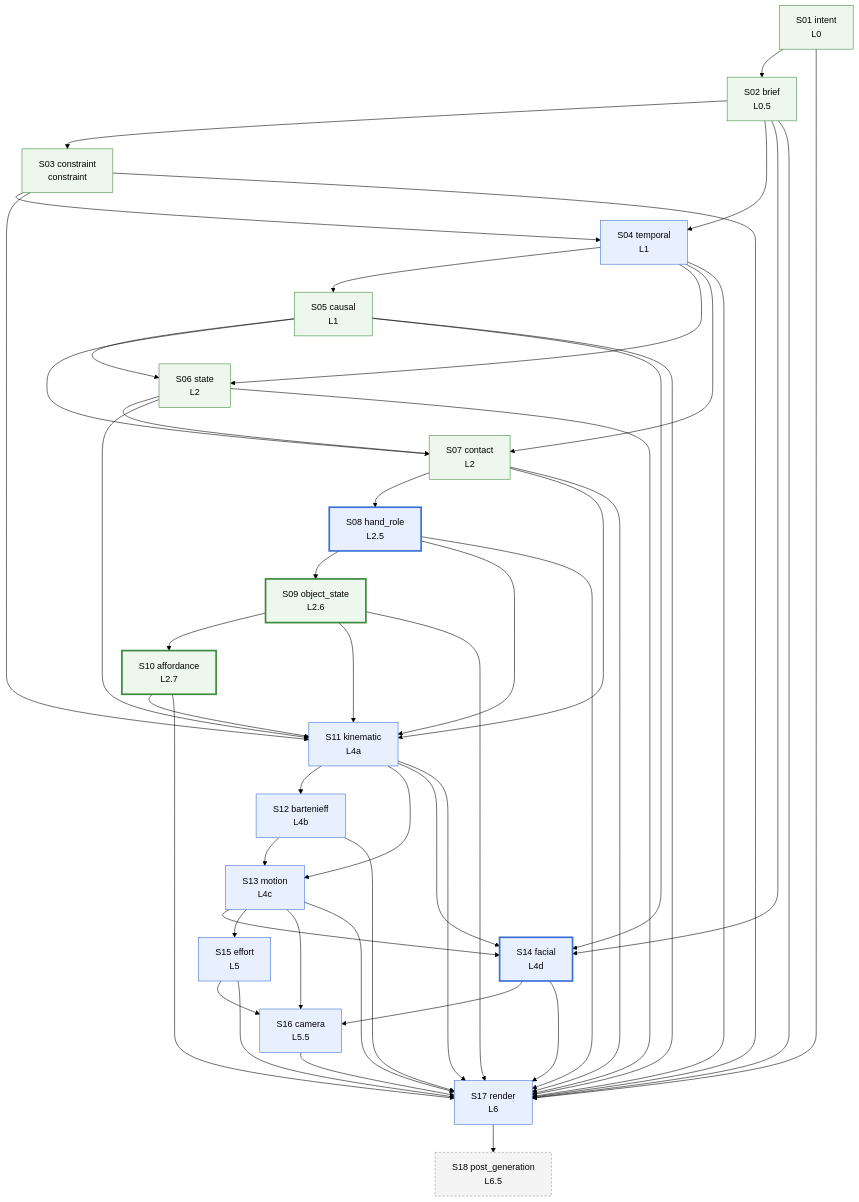
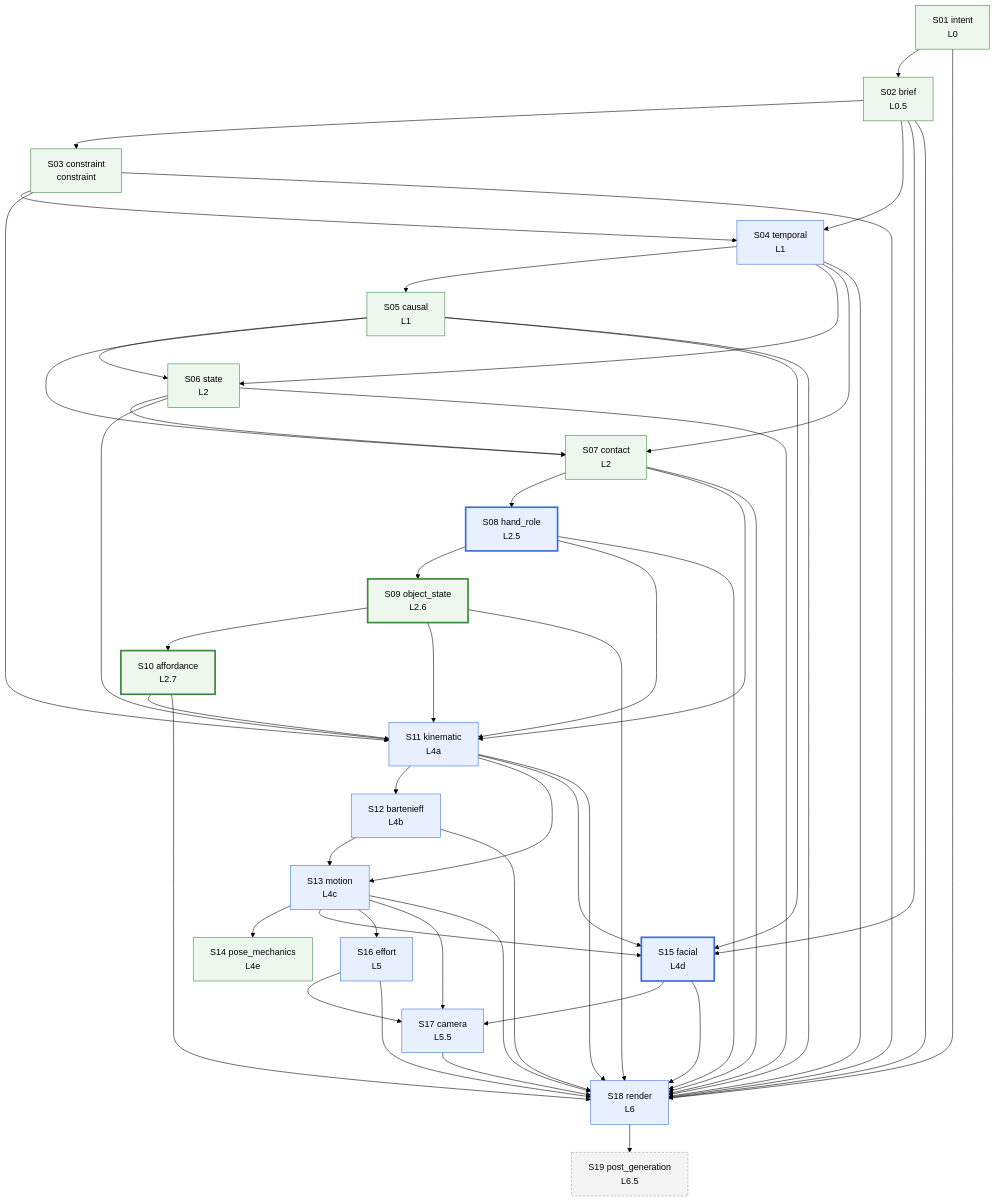
The diagram in docs/reference/dependencies.md (Kingsley-Cyber/cinematic-compiler-core), drawn with Mermaid (forest theme) before and after one commit. The commit also changed other lines of this file and 131 other files, not shown here.

First line of the commit message:
[S-125] The renumber and an empty S14: pose mechanics after motion, facial S15 to post-generation S19 (ADR-O117)

````diff
--- a/docs/reference/dependencies.md
+++ b/docs/reference/dependencies.md
@@ -9,76 +9,78 @@
 ```mermaid
 flowchart TD
   intent["S01 intent<br/>L0"]
   brief["S02 brief<br/>L0.5"]
   constraint["S03 constraint<br/>constraint"]
   temporal["S04 temporal<br/>L1"]
   causal["S05 causal<br/>L1"]
   state["S06 state<br/>L2"]
   contact["S07 contact<br/>L2"]
   hand_role["S08 hand_role<br/>L2.5"]
   object_state["S09 object_state<br/>L2.6"]
   affordance["S10 affordance<br/>L2.7"]
   kinematic["S11 kinematic<br/>L4a"]
   bartenieff["S12 bartenieff<br/>L4b"]
   motion["S13 motion<br/>L4c"]
-  facial["S14 facial<br/>L4d"]
-  effort["S15 effort<br/>L5"]
-  camera["S16 camera<br/>L5.5"]
-  render["S17 render<br/>L6"]
-  post_generation["S18 post_generation<br/>L6.5"]
+  pose_mechanics["S14 pose_mechanics<br/>L4e"]
+  facial["S15 facial<br/>L4d"]
+  effort["S16 effort<br/>L5"]
+  camera["S17 camera<br/>L5.5"]
+  render["S18 render<br/>L6"]
+  post_generation["S19 post_generation<br/>L6.5"]
   intent --> brief
   brief --> constraint
   brief --> temporal
   constraint --> temporal
   temporal --> causal
   temporal --> state
   causal --> state
   temporal --> contact
   causal --> contact
   state --> contact
   contact --> hand_role
   hand_role --> object_state
   object_state --> affordance
   state --> kinematic
   contact --> kinematic
   hand_role --> kinematic
   object_state --> kinematic
   affordance --> kinematic
   constraint --> kinematic
   kinematic --> bartenieff
   kinematic --> motion
   bartenieff --> motion
+  motion --> pose_mechanics
   brief --> facial
   causal --> facial
   kinematic --> facial
   motion --> facial
   motion --> effort
   motion --> camera
   effort --> camera
   facial --> camera
   intent --> render
   brief --> render
   temporal --> render
   causal --> render
   state --> render
   contact --> render
   hand_role --> render
   object_state --> render
   affordance --> render
   constraint --> render
   kinematic --> render
   bartenieff --> render
   motion --> render
   facial --> render
   effort --> render
   camera --> render
   render --> post_generation
   classDef authored fill:#e8f0ff,stroke:#3b6fd8
   classDef derived fill:#eef7ee,stroke:#3c8a3c
   classDef notbuilt fill:#f4f4f4,stroke:#999,stroke-dasharray:4 3
   classDef ugc stroke-width:3px
   class temporal,hand_role,kinematic,bartenieff,motion,facial,effort,camera,render authored
-  class intent,brief,constraint,causal,state,contact,object_state,affordance derived
+  class intent,brief,constraint,causal,state,contact,object_state,affordance,pose_mechanics derived
   class post_generation notbuilt
   class hand_role,object_state,affordance,facial ugc
 ```
````
